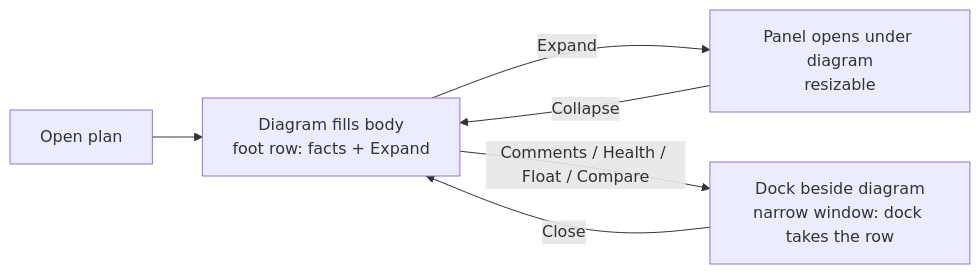
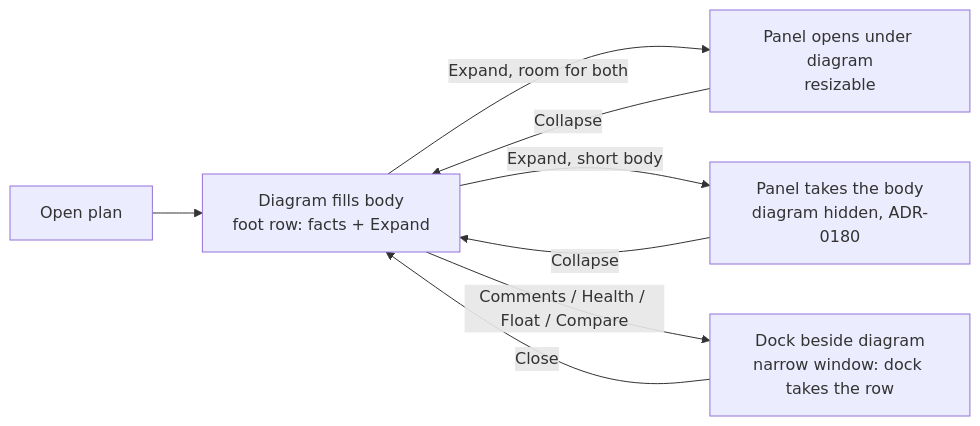
The second of 2 diagrams in docs/specs/retire-single-pane-workspace/feature-spec.md (HuttonHomeHub/SchedulePoint_1), drawn with Mermaid before and after one commit. The commit also changed other lines of this file and 1 other file, not shown here.

````diff
--- a/docs/specs/retire-single-pane-workspace/feature-spec.md
+++ b/docs/specs/retire-single-pane-workspace/feature-spec.md
@@ -305,8 +446,10 @@
 ```mermaid
 flowchart LR
   P[Open plan] --> D[Diagram fills body\nfoot row: facts + Expand]
-  D -->|Expand| T[Panel opens under diagram\nresizable]
+  D -->|Expand, room for both| T[Panel opens under diagram\nresizable]
+  D -->|Expand, short body| S[Panel takes the body\ndiagram hidden, ADR-0180]
+  S -->|Collapse| D
   D -->|Comments / Health / Float / Compare| K[Dock beside diagram\nnarrow window: dock takes the row]
   K -->|Close| D
   T -->|Collapse| D
 ```
````
